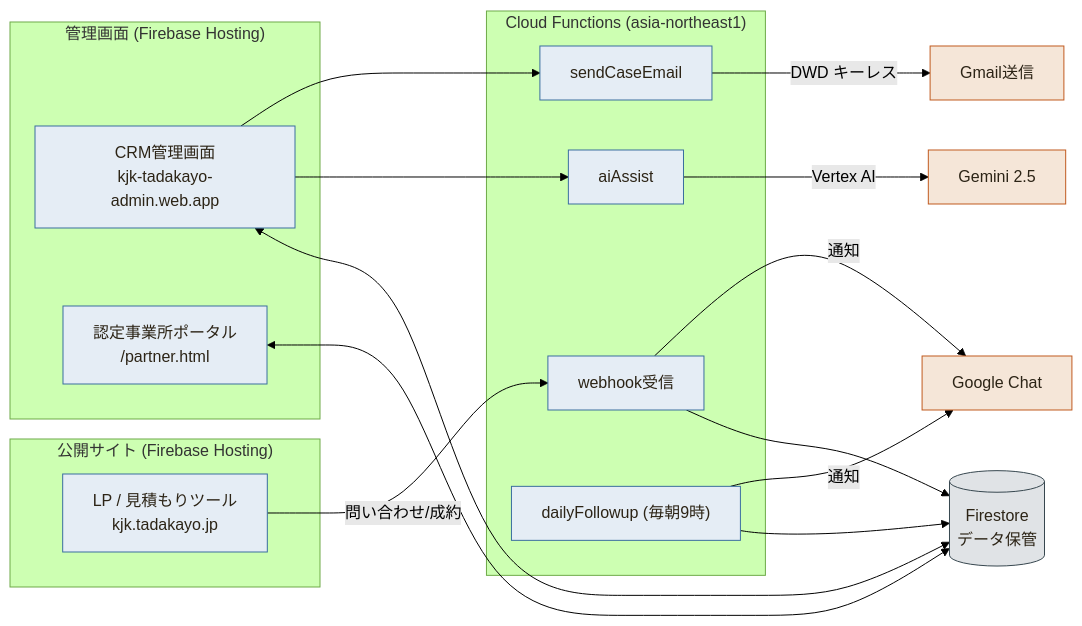
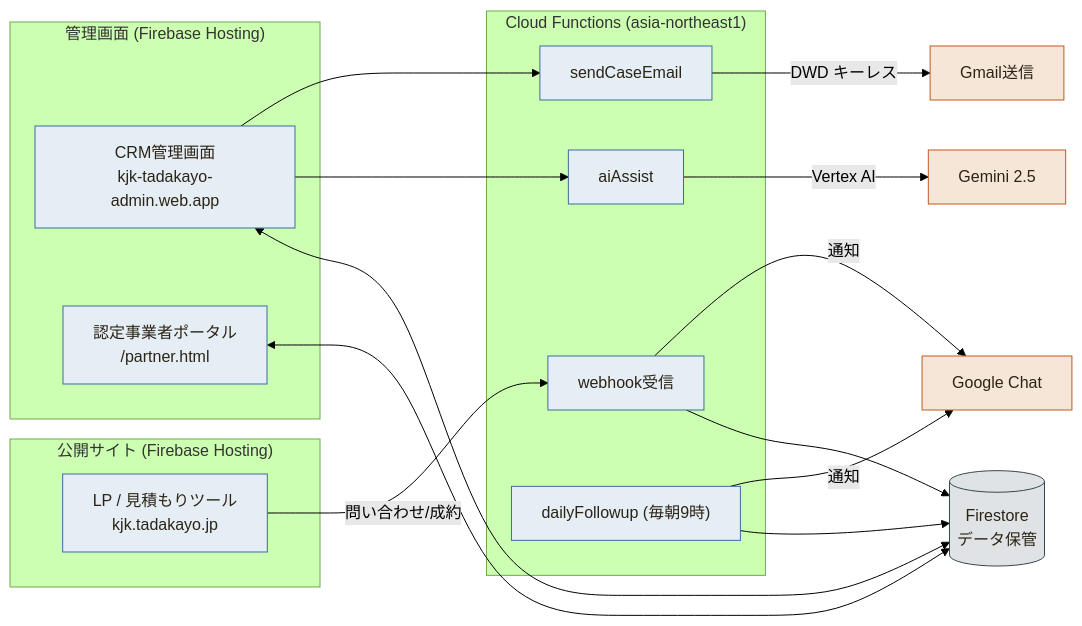
Before and after one commit to npo-tadakayo/kjk-tadakayo: the fourth of 6 diagrams in ENGINEERING_NOTES.md, drawn with Mermaid (forest theme). The commit also changed other lines of this file and 20 other files, not shown here.

````diff
--- a/ENGINEERING_NOTES.md
+++ b/ENGINEERING_NOTES.md
@@ -312,29 +312,29 @@
 ```mermaid
 flowchart LR
   subgraph 公開["公開サイト (Firebase Hosting)"]
     LP["LP / 見積もりツール<br/>kjk.tadakayo.jp"]
   end
   subgraph 管理["管理画面 (Firebase Hosting)"]
     ADM["CRM管理画面<br/>kjk-tadakayo-admin.web.app"]
-    PT["認定事業所ポータル<br/>/partner.html"]
+    PT["認定事業者ポータル<br/>/partner.html"]
   end
   subgraph BE["Cloud Functions (asia-northeast1)"]
     WH["webhook受信"]
     SEND["sendCaseEmail"]
     AI["aiAssist"]
     SCH["dailyFollowup (毎朝9時)"]
   end
   DB[("Firestore<br/>データ保管")]
   LP -->|問い合わせ/成約| WH --> DB
   ADM <--> DB
   PT <--> DB
   ADM --> AI -->|Vertex AI| GEM["Gemini 2.5"]
   ADM --> SEND -->|DWD キーレス| GM["Gmail送信"]
   WH -->|通知| CHAT["Google Chat"]
   SCH --> DB
   SCH -->|通知| CHAT
   classDef sys fill:#e5edf5,stroke:#3a6e9e,color:#2C2416;
   classDef db fill:#e0e3e6,stroke:#37474f,color:#2C2416;
   classDef ext fill:#f5e6d8,stroke:#c05a1f,color:#2C2416;
   class LP,ADM,PT,WH,SEND,AI,SCH sys; class DB db; class GEM,GM,CHAT ext;
 ```
````
